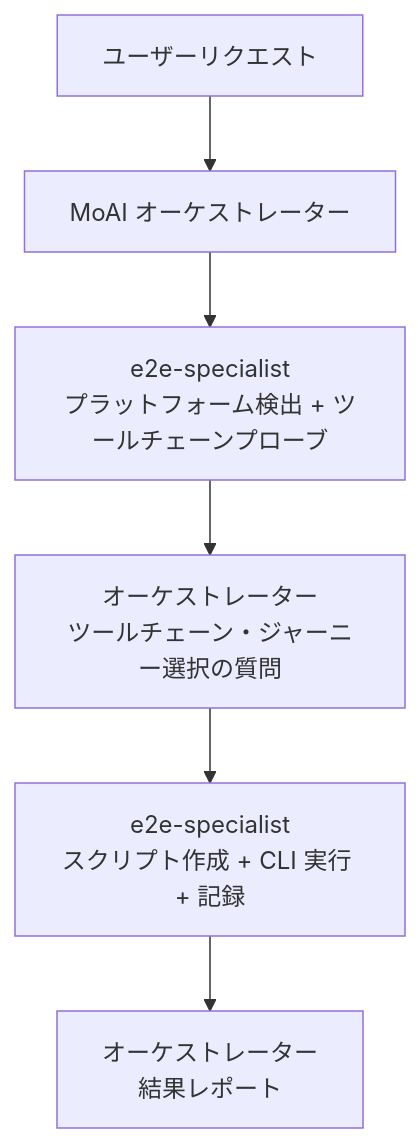
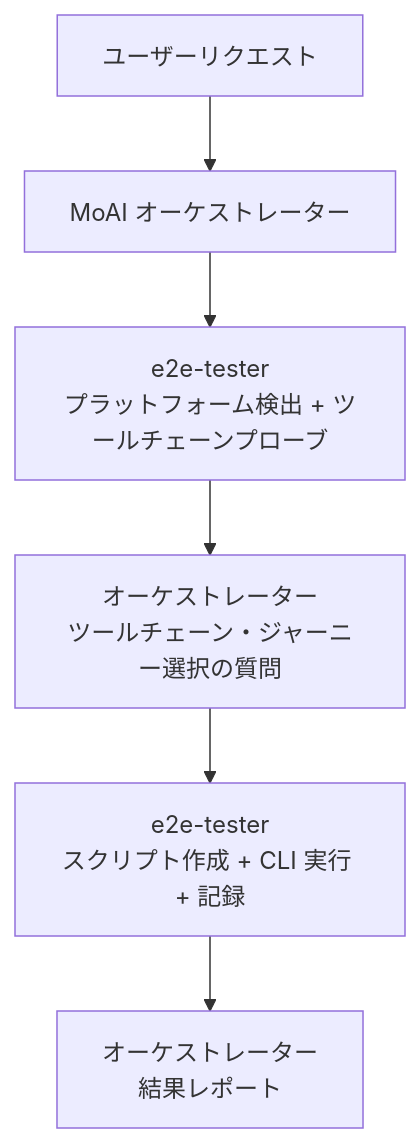
The second of 2 diagrams in docs-site/content/ja/utility-commands/moai-e2e.md (modu-ai/moai-adk), drawn with Mermaid before and after one commit. The commit also changed other lines of this file and 72 other files, not shown here.

First line of the commit message:
refactor: rename e2e-specialist agent → e2e-tester

````diff
--- a/docs-site/content/ja/utility-commands/moai-e2e.md
+++ b/docs-site/content/ja/utility-commands/moai-e2e.md
@@ -157,8 +157,8 @@
 ```mermaid
 flowchart TD
     User["ユーザーリクエスト"] --> Orchestrator["MoAI オーケストレーター"]
-    Orchestrator --> Detect["e2e-specialist<br/>プラットフォーム検出 + ツールチェーンプローブ"]
+    Orchestrator --> Detect["e2e-tester<br/>プラットフォーム検出 + ツールチェーンプローブ"]
     Detect --> Ask["オーケストレーター<br/>ツールチェーン・ジャーニー選択の質問"]
-    Ask --> Exec["e2e-specialist<br/>スクリプト作成 + CLI 実行 + 記録"]
+    Ask --> Exec["e2e-tester<br/>スクリプト作成 + CLI 実行 + 記録"]
     Exec --> Report["オーケストレーター<br/>結果レポート"]
 ```
````
